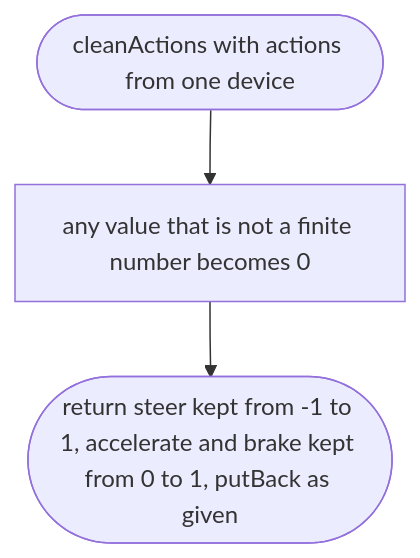
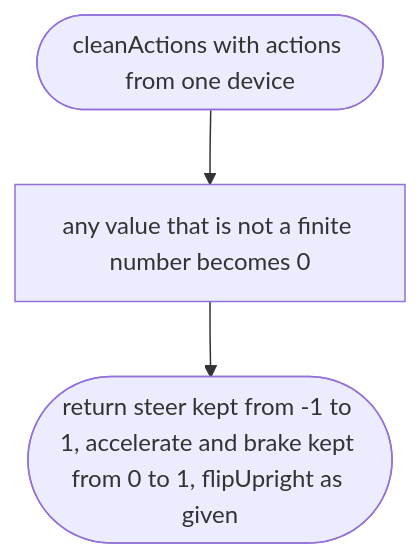
The second of 4 diagrams in docs/designs/src/controls/actions.md (NewDara-Star/world-engine), drawn with Mermaid before and after one commit. The commit also changed other lines of this file and 41 other files, not shown here.

````diff
--- a/docs/designs/src/controls/actions.md
+++ b/docs/designs/src/controls/actions.md
@@ -33,7 +38,7 @@
 ```mermaid
 flowchart TD
   s(["cleanActions with actions from one device"])
   a["any value that is not a finite number becomes 0"]
-  b(["return steer kept from -1 to 1, accelerate and brake kept from 0 to 1, putBack as given"])
+  b(["return steer kept from -1 to 1, accelerate and brake kept from 0 to 1, flipUpright as given"])
   s --> a --> b
 ```
````
